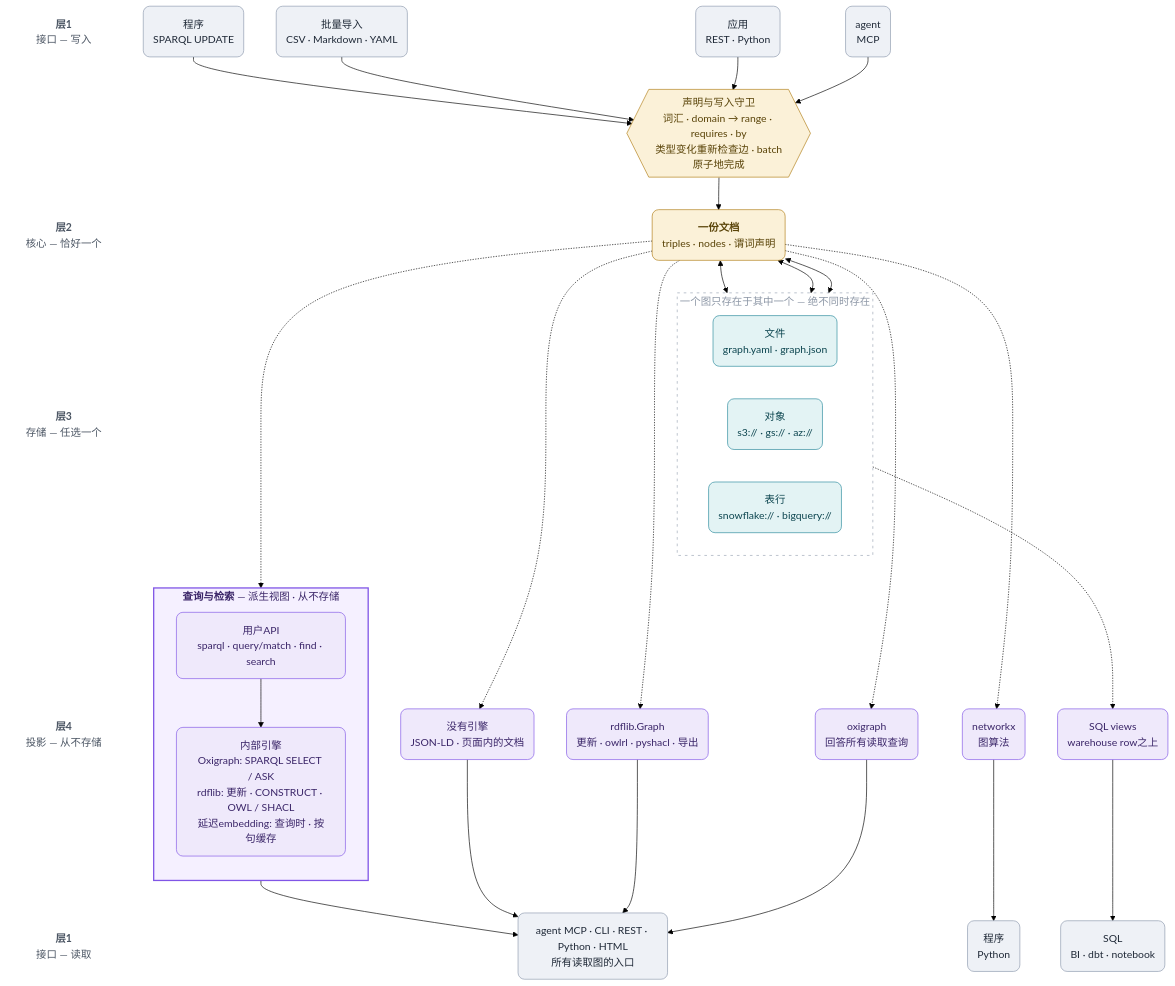
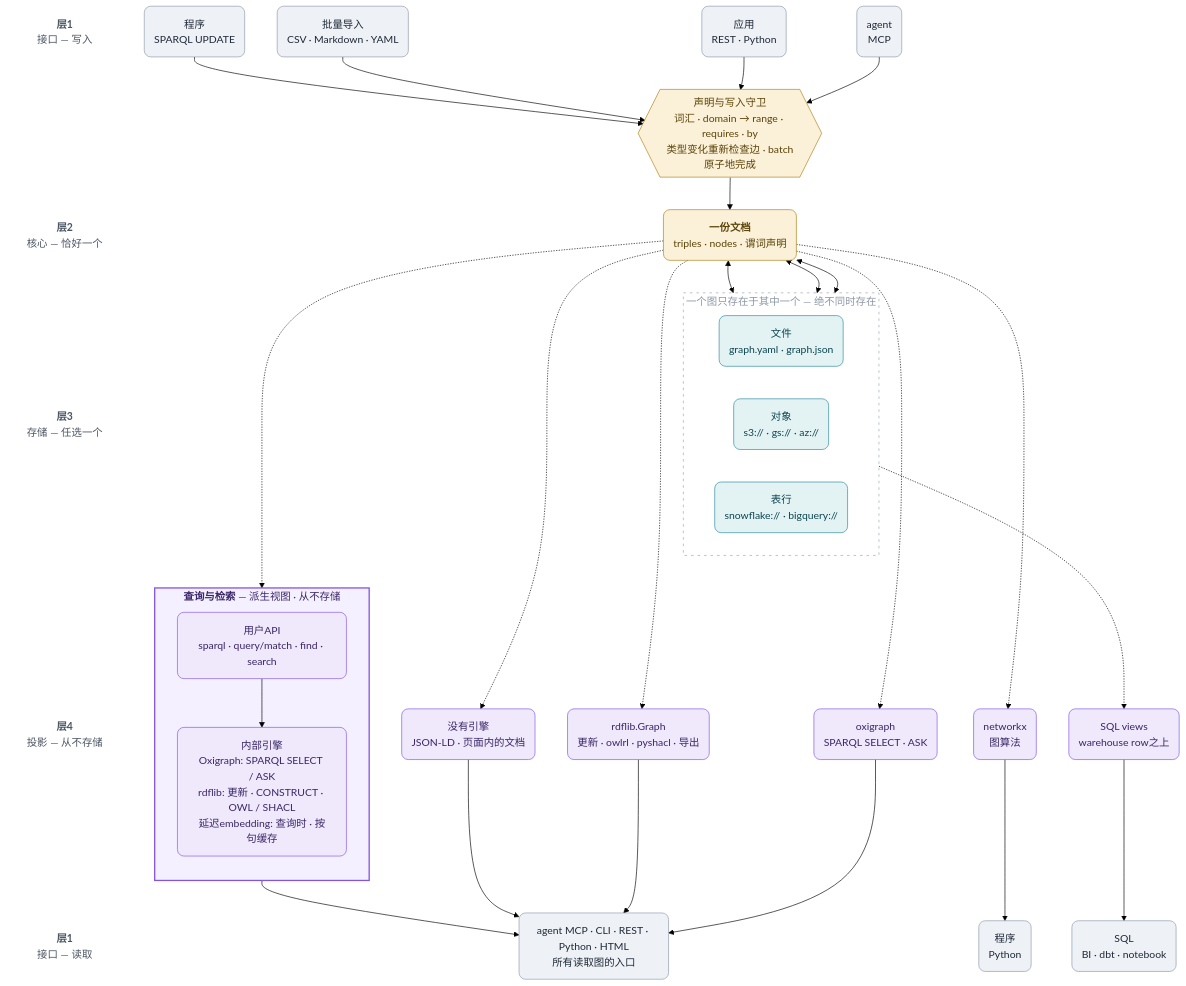
Before and after one commit to RyutoYoda/trikedb: the diagram in docs/ARCHITECTURE_zh.md, drawn with Mermaid (forest theme). The commit also changed 8 other files, not shown here.

````diff
--- a/docs/ARCHITECTURE_zh.md
+++ b/docs/ARCHITECTURE_zh.md
@@ -7,75 +7,75 @@
 ```mermaid
 flowchart TB
     LA["<b>层1</b><br/>接口 — 写入"]
     LG[" "]
     LB["<b>层2</b><br/>核心 — 恰好一个"]
     LC["<b>层3</b><br/>存储 — 任选一个"]
     LD["<b>层4</b><br/>投影 — 从不存储"]
     LE["<b>层1</b><br/>接口 — 读取"]
     LA ~~~ LG ~~~ LB ~~~ LC ~~~ LD ~~~ LE
 
     WA("agent<br/>MCP")
     WC("应用<br/>REST · Python")
     WI("批量导入<br/>CSV · Markdown · YAML")
     WP("程序<br/>SPARQL UPDATE")
     G{{"声明与写入守卫<br/>词汇 · domain → range · requires · by<br/>类型变化重新检查边 · batch原子地完成"}}
     C("<b>一份文档</b><br/>triples · nodes · 谓词声明")
     subgraph pick["一个图只存在于其中一个 — 绝不同时存在"]
         direction LR
         SF("文件<br/>graph.yaml · graph.json")
         SO("对象<br/>s3:// · gs:// · az://")
         SW("表行<br/>snowflake:// · bigquery://")
     end
-    PO("oxigraph<br/>回答所有读取查询")
+    PO("oxigraph<br/>SPARQL SELECT · ASK")
     PR("rdflib.Graph<br/>更新 · owlrl · pyshacl · 导出")
     PN("networkx<br/>图算法")
     PV("SQL views<br/>warehouse row之上")
     PD("没有引擎<br/>JSON-LD · 页面内的文档")
     subgraph query["<b>查询与检索</b> — 派生视图 · 从不存储"]
         direction TB
         QAPI["用户API<br/>sparql · query/match · find · search"]
         QENG["内部引擎<br/>Oxigraph: SPARQL SELECT / ASK<br/>rdflib: 更新 · CONSTRUCT · OWL / SHACL<br/>延迟embedding: 查询时 · 按句缓存"]
         QAPI --> QENG
     end
     RQ("agent MCP · CLI · REST · Python · HTML<br/>所有读取图的入口")
     RG("程序<br/>Python")
     RS("SQL<br/>BI · dbt · notebook")
 
     WA --> G
     WC --> G
     WI --> G
     WP --> G
     G --> C
     C <--> SF
     C <--> SO
     C <--> SW
     SF ~~~ PO
     SF ~~~ PR
     SO ~~~ PN
     SW -.-> PV
     SW ~~~ PD
     C -.-> PO
     C -.-> PR
     C -.-> PN
     C -.-> PD
     C -.-> QAPI
     QENG --> RQ
     PO --> RQ
     PR --> RQ
     PN --> RG
     PV --> RS
     PD --> RQ
 
     style pick fill:none,stroke:#9aa4b3,stroke-width:1px,stroke-dasharray:4 6,color:#8d97a6
     style query fill:#f5f0ff,stroke:#8055e6,stroke-width:2px,color:#3a2568
     classDef lbl fill:none,stroke:none,color:#4b5563
     classDef iface fill:#eef1f6,stroke:#8d9aad,color:#1f2937,rx:10,ry:10
     classDef core fill:#fbf1d8,stroke:#b07d17,color:#5a4409,rx:10,ry:10
     classDef store fill:#e3f3f4,stroke:#2b8a9c,color:#0c454f,rx:10,ry:10
     classDef proj fill:#efe9fb,stroke:#8055e6,color:#3a2568,rx:10,ry:10
     class LA,LG,LB,LC,LD,LE lbl
     class WA,WC,WI,WP,RQ,RG,RS iface
     class C,G core
     class SF,SO,SW store
     class PO,PR,PN,PV,PD,QAPI,QENG proj
 ```
````
